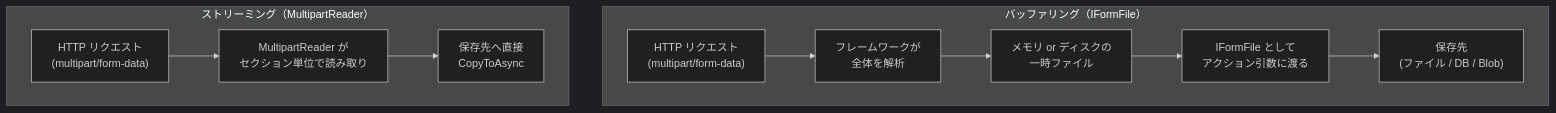
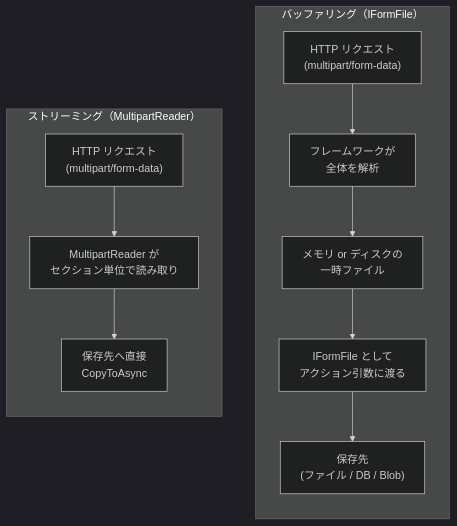
Before and after one commit to microsoft/aspnetcore-ja-handbook: the first of 8 diagrams in src/content/docs/07-file-upload-and-storage/index.md, drawn with Mermaid (dark theme). The commit also changed other lines of this file, not shown here.

First line of the commit message:
メタデータとタグの大文字小文字の扱いを追記し、mermaid 図の可読性を改善

````diff
--- a/src/content/docs/07-file-upload-and-storage/index.md
+++ b/src/content/docs/07-file-upload-and-storage/index.md
@@ -101,15 +101,15 @@
 ```mermaid
 flowchart TB
     subgraph buffered ["バッファリング（IFormFile）"]
-        direction LR
+        direction TB
         BReq["HTTP リクエスト\n(multipart/form-data)"] --> BFw["フレームワークが\n全体を解析"]
         BFw --> BBuf["メモリ or ディスクの\n一時ファイル"]
         BBuf --> BApp["IFormFile として\nアクション引数に渡る"]
         BApp --> BDest["保存先\n(ファイル / DB / Blob)"]
     end
     subgraph streamed ["ストリーミング（MultipartReader）"]
-        direction LR
+        direction TB
         SReq["HTTP リクエスト\n(multipart/form-data)"] --> SRead["MultipartReader が\nセクション単位で読み取り"]
         SRead --> SDest["保存先へ直接\nCopyToAsync"]
     end
 ```
````
